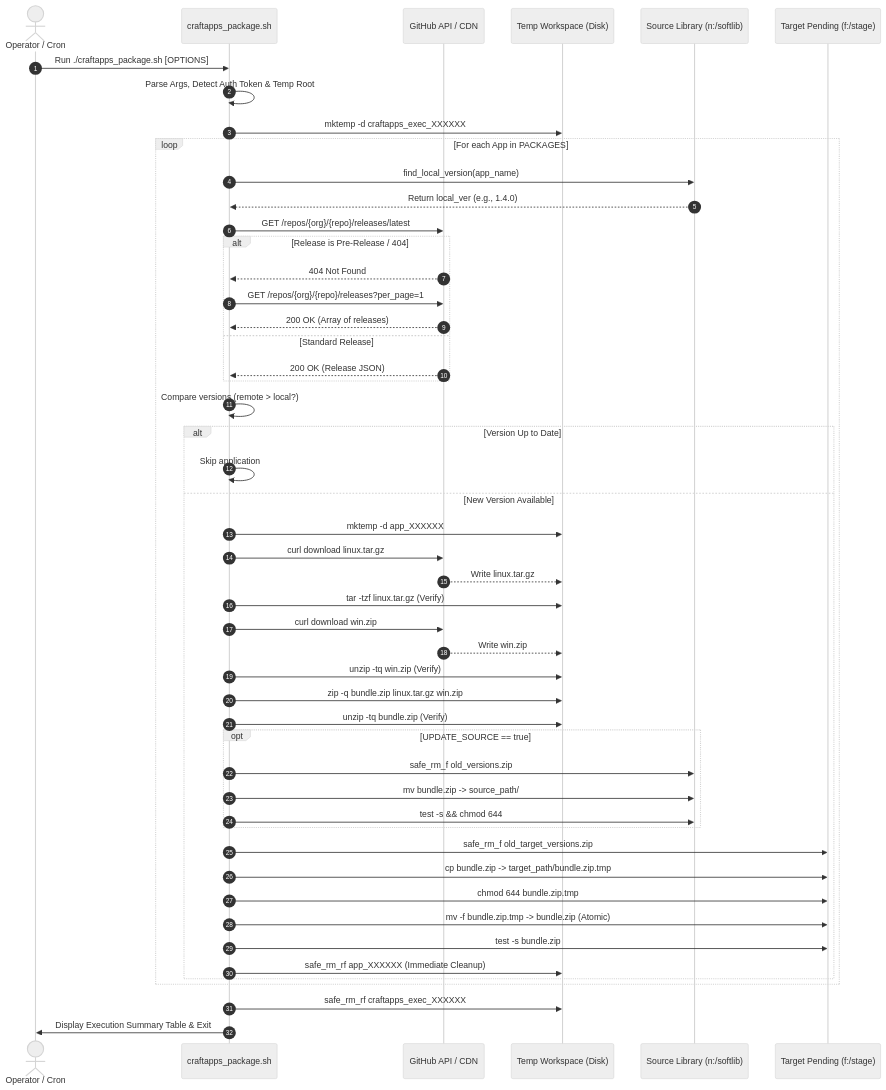
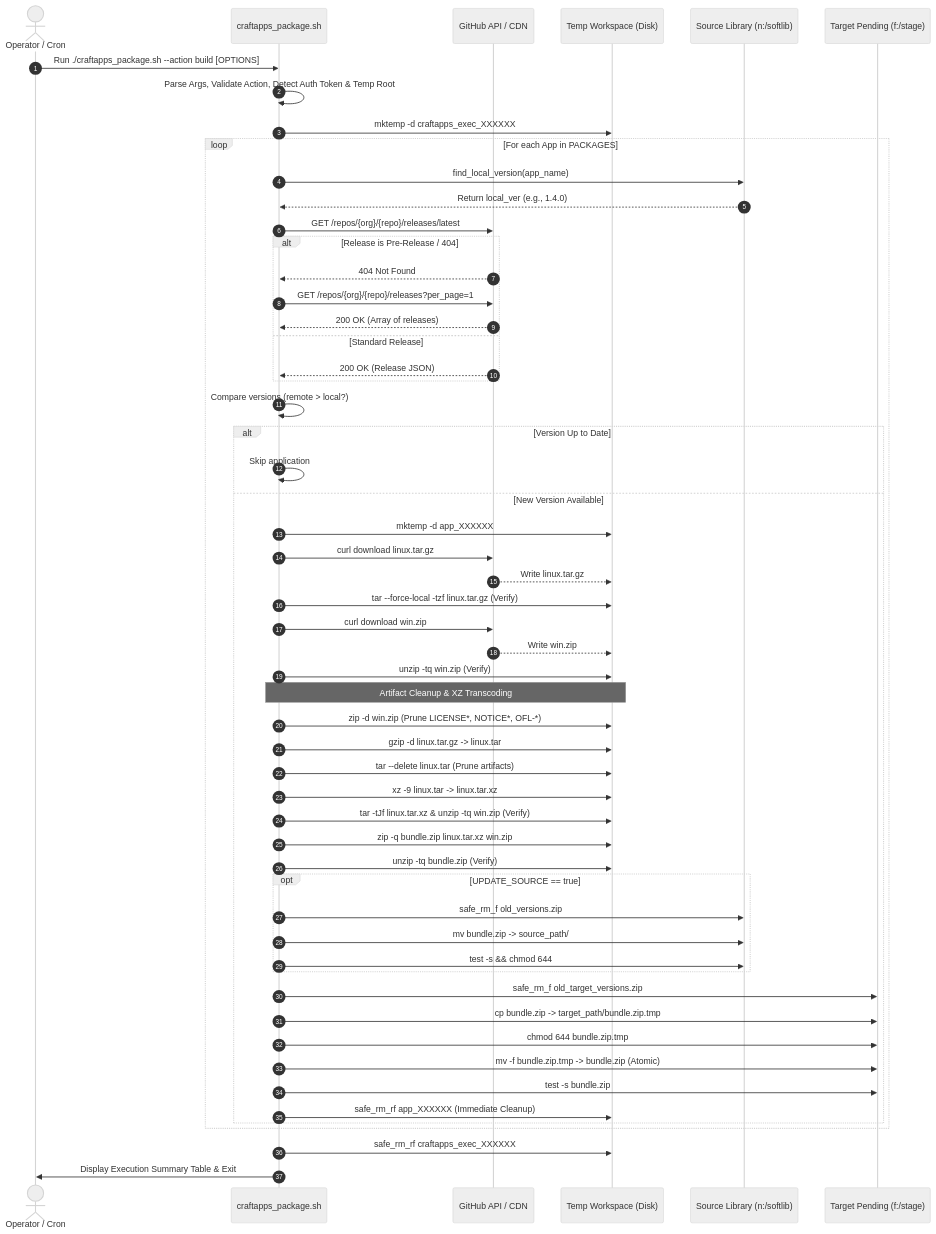
Before and after one commit to edsilegxrepo/devops: the second of 4 diagrams in client_tools/craftapps_package_README.md, drawn with Mermaid (neutral theme). The commit also changed other lines of this file and 1 other file, not shown here.

First line of the commit message:
feat(client_tools): add artifact cleanup and deploy pipeline to craftapps_package

````diff
--- a/client_tools/craftapps_package_README.md
+++ b/client_tools/craftapps_package_README.md
@@ -132,62 +142,69 @@
 ```mermaid
 sequenceDiagram
     autonumber
     actor User as Operator / Cron
     participant Script as craftapps_package.sh
     participant GH as GitHub API / CDN
     participant FS_Temp as Temp Workspace (Disk)
     participant FS_Src as Source Library (n:/softlib)
     participant FS_Tgt as Target Pending (f:/stage)
 
-    User->>Script: Run ./craftapps_package.sh [OPTIONS]
-    Script->>Script: Parse Args, Detect Auth Token & Temp Root
+    User->>Script: Run ./craftapps_package.sh --action build [OPTIONS]
+    Script->>Script: Parse Args, Validate Action, Detect Auth Token & Temp Root
     Script->>FS_Temp: mktemp -d craftapps_exec_XXXXXX
     
     loop For each App in PACKAGES
         Script->>FS_Src: find_local_version(app_name)
         FS_Src-->>Script: Return local_ver (e.g., 1.4.0)
         
         Script->>GH: GET /repos/{org}/{repo}/releases/latest
         alt Release is Pre-Release / 404
             GH-->>Script: 404 Not Found
             Script->>GH: GET /repos/{org}/{repo}/releases?per_page=1
             GH-->>Script: 200 OK (Array of releases)
         else Standard Release
             GH-->>Script: 200 OK (Release JSON)
         end
         
         Script->>Script: Compare versions (remote > local?)
         alt Version Up to Date
             Script->>Script: Skip application
         else New Version Available
             Script->>FS_Temp: mktemp -d app_XXXXXX
             Script->>GH: curl download linux.tar.gz
             GH-->>FS_Temp: Write linux.tar.gz
-            Script->>FS_Temp: tar -tzf linux.tar.gz (Verify)
+            Script->>FS_Temp: tar --force-local -tzf linux.tar.gz (Verify)
             
             Script->>GH: curl download win.zip
             GH-->>FS_Temp: Write win.zip
             Script->>FS_Temp: unzip -tq win.zip (Verify)
+
+            Note over Script,FS_Temp: Artifact Cleanup & XZ Transcoding
+            Script->>FS_Temp: zip -d win.zip (Prune LICENSE*, NOTICE*, OFL-*)
+            Script->>FS_Temp: gzip -d linux.tar.gz -> linux.tar
+            Script->>FS_Temp: tar --delete linux.tar (Prune artifacts)
+            Script->>FS_Temp: xz -9 linux.tar -> linux.tar.xz
+            Script->>FS_Temp: tar -tJf linux.tar.xz & unzip -tq win.zip (Verify)
             
-            Script->>FS_Temp: zip -q bundle.zip linux.tar.gz win.zip
+            Script->>FS_Temp: zip -q bundle.zip linux.tar.xz win.zip
             Script->>FS_Temp: unzip -tq bundle.zip (Verify)
             
             opt UPDATE_SOURCE == true
                 Script->>FS_Src: safe_rm_f old_versions.zip
                 Script->>FS_Src: mv bundle.zip -> source_path/
                 Script->>FS_Src: test -s && chmod 644
             end
             
             Script->>FS_Tgt: safe_rm_f old_target_versions.zip
             Script->>FS_Tgt: cp bundle.zip -> target_path/bundle.zip.tmp
             Script->>FS_Tgt: chmod 644 bundle.zip.tmp
             Script->>FS_Tgt: mv -f bundle.zip.tmp -> bundle.zip (Atomic)
             Script->>FS_Tgt: test -s bundle.zip
             
             Script->>FS_Temp: safe_rm_rf app_XXXXXX (Immediate Cleanup)
         end
     end
 
     Script->>FS_Temp: safe_rm_rf craftapps_exec_XXXXXX
     Script->>User: Display Execution Summary Table & Exit
 ```
````
